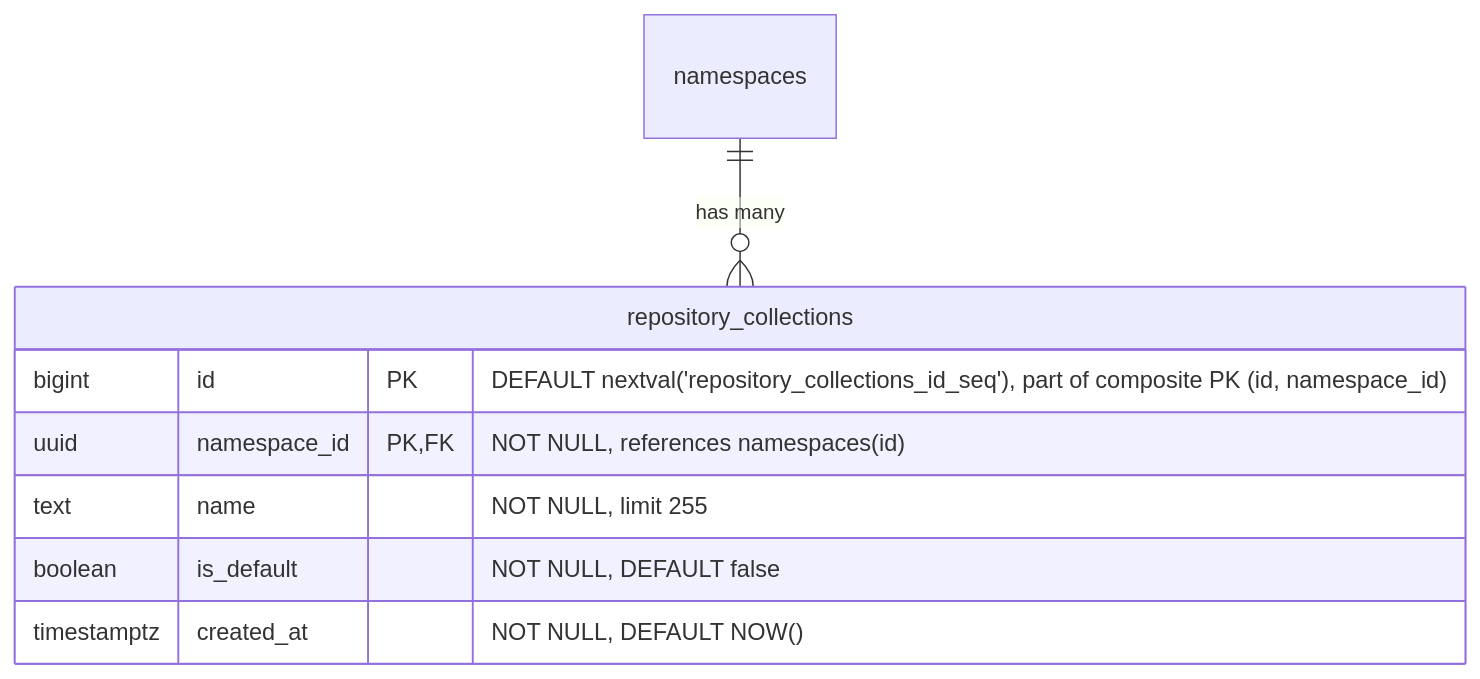
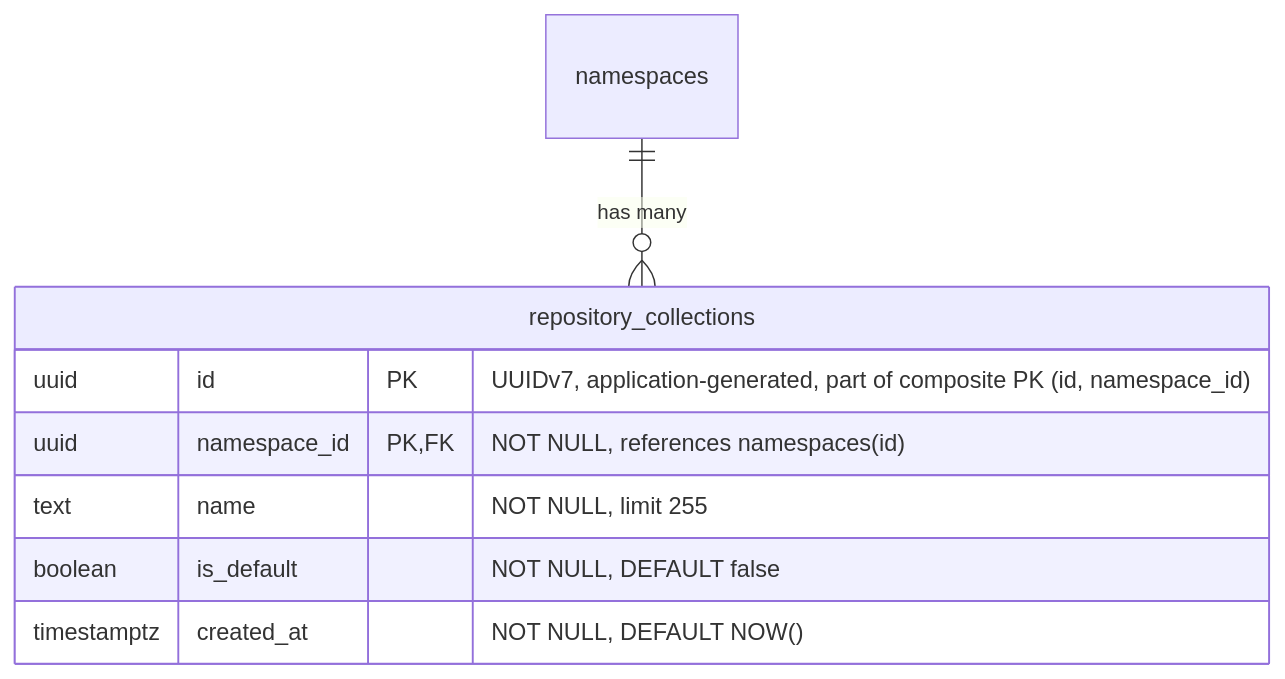
Before and after one commit to kyama0/gitlab-handbook-ja: the second of 19 diagrams in content/handbook/engineering/architecture/design-documents/artifact_registry/decisions/007_database_schema.md, drawn with Mermaid. The commit also changed other lines of this file and 105 other files, not shown here.

````diff
--- a/content/handbook/engineering/architecture/design-documents/artifact_registry/decisions/007_database_schema.md
+++ b/content/handbook/engineering/architecture/design-documents/artifact_registry/decisions/007_database_schema.md
@@ -86,12 +90,12 @@
 ```mermaid
 erDiagram
     namespaces ||--o{ repository_collections : "has many"
 
     repository_collections {
-        bigint id PK "DEFAULT nextval('repository_collections_id_seq'), part of composite PK (id, namespace_id)"
+        uuid id PK "UUIDv7, application-generated, part of composite PK (id, namespace_id)"
         uuid namespace_id PK,FK "NOT NULL, references namespaces(id)"
         text name "NOT NULL, limit 255"
         boolean is_default "NOT NULL, DEFAULT false"
         timestamptz created_at "NOT NULL, DEFAULT NOW()"
     }
 ```
````
